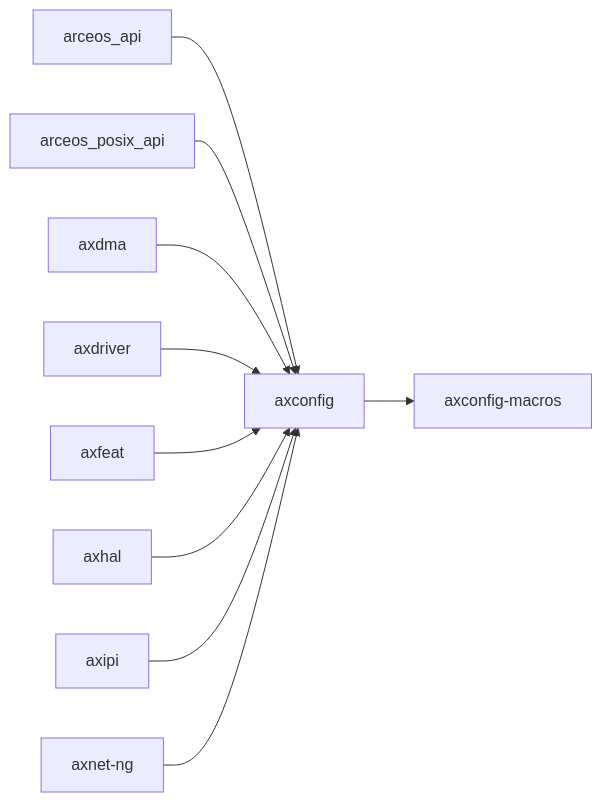
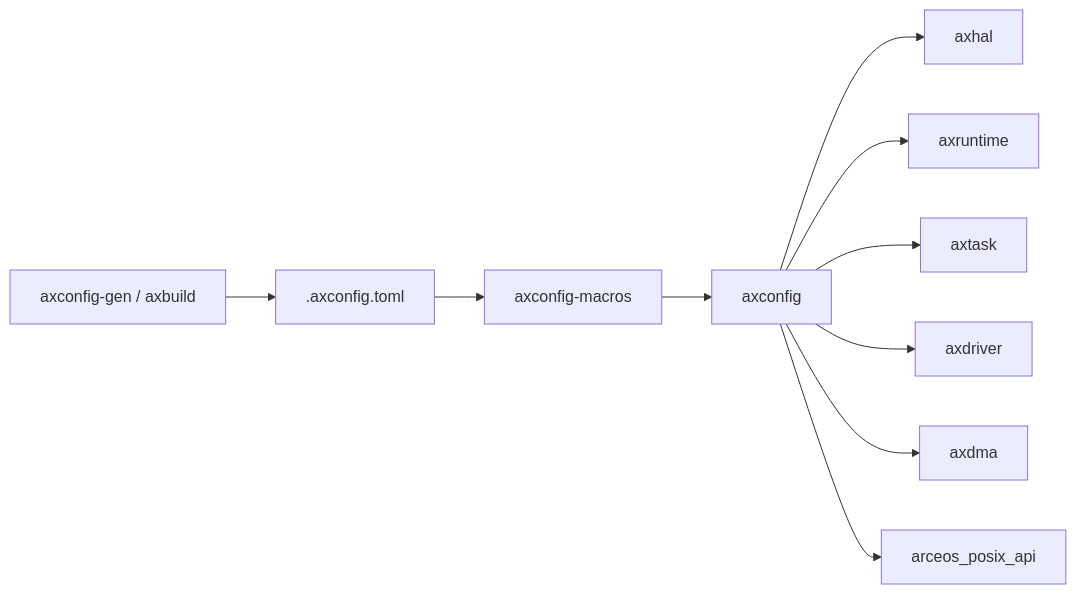
Before and after one commit to rcore-os/tgoskits: the second of 2 diagrams in docs/crates/axconfig.md, drawn with Mermaid. The commit also changed other lines of this file and 99 other files, not shown here.

````diff
--- a/docs/crates/axconfig.md
+++ b/docs/crates/axconfig.md
@@ -31,13 +92,13 @@
 ```mermaid
 graph LR
-    current["axconfig"]
-    current --> axconfig_macros["axconfig-macros"]
-    arceos_api["arceos_api"] --> current
-    arceos_posix_api["arceos_posix_api"] --> current
-    axdma["axdma"] --> current
-    axdriver["axdriver"] --> current
-    axfeat["axfeat"] --> current
-    axhal["axhal"] --> current
-    axipi["axipi"] --> current
-    axnet_ng["axnet-ng"] --> current
+    gen["axconfig-gen / axbuild"] --> toml[".axconfig.toml"]
+    toml --> macros["axconfig-macros"]
+    macros --> axconfig["axconfig"]
+
+    axconfig --> axhal["axhal"]
+    axconfig --> axruntime["axruntime"]
+    axconfig --> axtask["axtask"]
+    axconfig --> axdriver["axdriver"]
+    axconfig --> axdma["axdma"]
+    axconfig --> posix["arceos_posix_api"]
 ```
````
